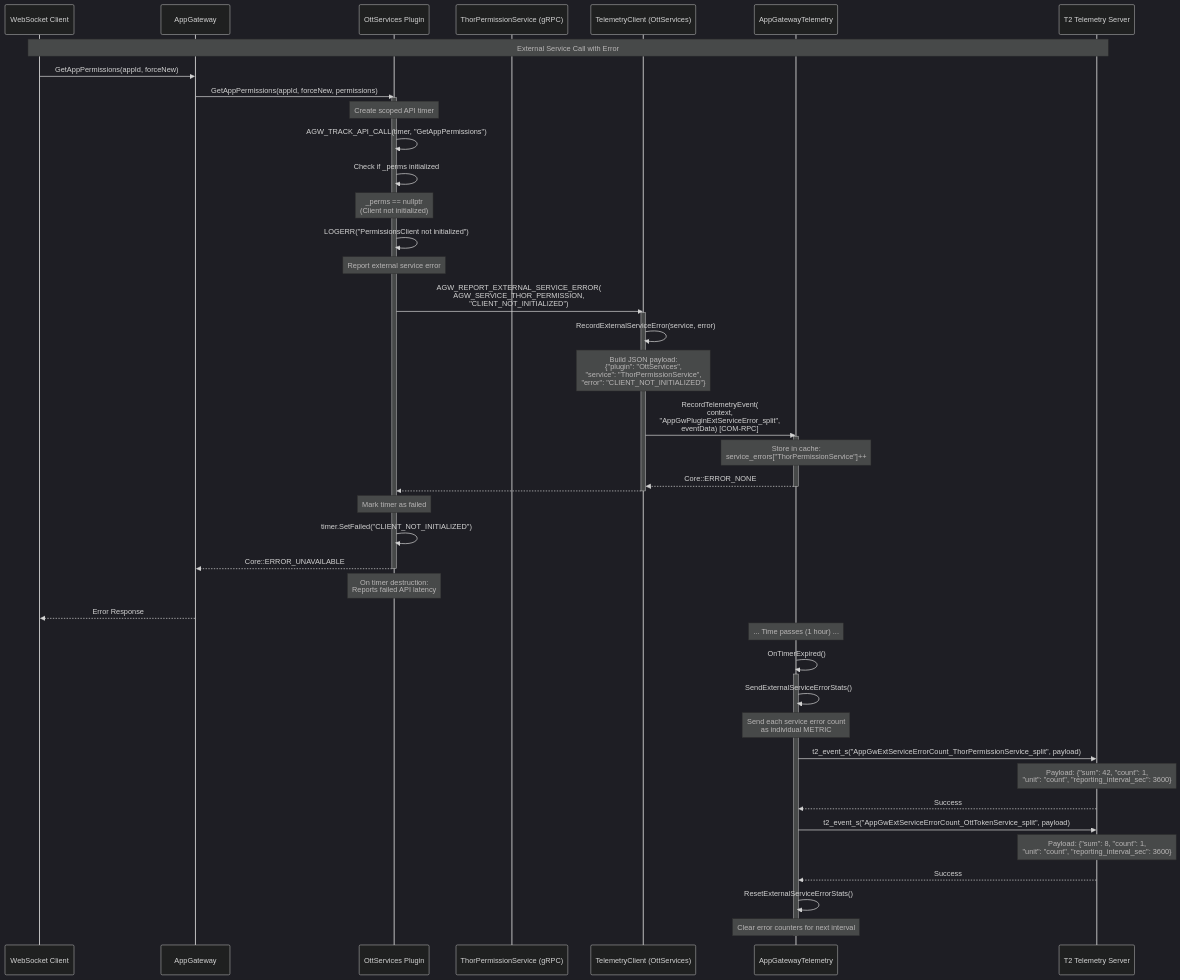
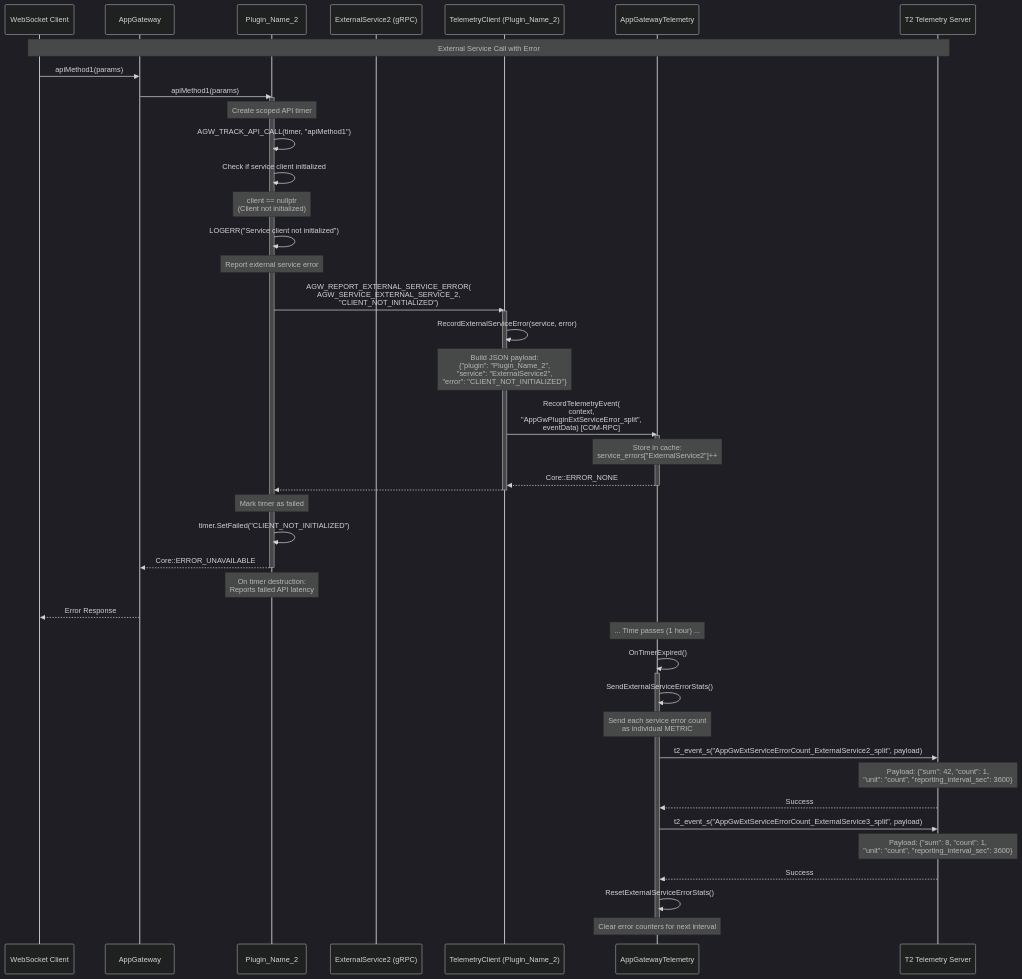
The diagram in AppGateway/docs/sequence-diagrams/04_External_Service_Error_OttServices.md (rdkcentral/entservices-appgateway), drawn with Mermaid (dark theme) before and after one commit. The commit also changed other lines of this file and 12 other files, not shown here.

````diff
--- a/AppGateway/docs/sequence-diagrams/04_External_Service_Error_OttServices.md
+++ b/AppGateway/docs/sequence-diagrams/04_External_Service_Error_OttServices.md
@@ -9,75 +9,75 @@
 ```mermaid
 sequenceDiagram
     participant Client as WebSocket Client
     participant AppGw as AppGateway
-    participant OttServices as OttServices Plugin
-    participant Thor as ThorPermissionService (gRPC)
-    participant TelemetryClient as TelemetryClient (OttServices)
+    participant Plugin as Plugin_Name_2
+    participant ExtService as ExternalService2 (gRPC)
+    participant TelemetryClient as TelemetryClient (Plugin_Name_2)
     participant Telemetry as AppGatewayTelemetry
     participant T2 as T2 Telemetry Server
     
     Note over Client,T2: External Service Call with Error
     
-    Client->>AppGw: GetAppPermissions(appId, forceNew)
-    AppGw->>OttServices: GetAppPermissions(appId, forceNew, permissions)
-    activate OttServices
+    Client->>AppGw: apiMethod1(params)
+    AppGw->>Plugin: apiMethod1(params)
+    activate Plugin
     
-    Note over OttServices: Create scoped API timer
-    OttServices->>OttServices: AGW_TRACK_API_CALL(timer, "GetAppPermissions")
+    Note over Plugin: Create scoped API timer
+    Plugin->>Plugin: AGW_TRACK_API_CALL(timer, "apiMethod1")
     
-    OttServices->>OttServices: Check if _perms initialized
-    Note over OttServices: _perms == nullptr<br/>(Client not initialized)
+    Plugin->>Plugin: Check if service client initialized
+    Note over Plugin: client == nullptr<br/>(Client not initialized)
     
-    OttServices->>OttServices: LOGERR("PermissionsClient not initialized")
+    Plugin->>Plugin: LOGERR("Service client not initialized")
     
-    Note over OttServices: Report external service error
-    OttServices->>TelemetryClient: AGW_REPORT_EXTERNAL_SERVICE_ERROR(<br/>AGW_SERVICE_THOR_PERMISSION,<br/>"CLIENT_NOT_INITIALIZED")
+    Note over Plugin: Report external service error
+    Plugin->>TelemetryClient: AGW_REPORT_EXTERNAL_SERVICE_ERROR(<br/>AGW_SERVICE_EXTERNAL_SERVICE_2,<br/>"CLIENT_NOT_INITIALIZED")
     activate TelemetryClient
     
     TelemetryClient->>TelemetryClient: RecordExternalServiceError(service, error)
     
-    Note over TelemetryClient: Build JSON payload:<br/>{"plugin": "OttServices",<br/> "service": "ThorPermissionService",<br/> "error": "CLIENT_NOT_INITIALIZED"}
+    Note over TelemetryClient: Build JSON payload:<br/>{"plugin": "Plugin_Name_2",<br/> "service": "ExternalService2",<br/> "error": "CLIENT_NOT_INITIALIZED"}
     
     TelemetryClient->>Telemetry: RecordTelemetryEvent(<br/>context,<br/>"AppGwPluginExtServiceError_split",<br/>eventData) [COM-RPC]
     activate Telemetry
     
-    Note over Telemetry: Store in cache:<br/>service_errors["ThorPermissionService"]++
+    Note over Telemetry: Store in cache:<br/>service_errors["ExternalService2"]++
     
     Telemetry-->>TelemetryClient: Core::ERROR_NONE
     deactivate Telemetry
     
-    TelemetryClient-->>OttServices: 
+    TelemetryClient-->>Plugin: 
     deactivate TelemetryClient
     
-    Note over OttServices: Mark timer as failed
-    OttServices->>OttServices: timer.SetFailed("CLIENT_NOT_INITIALIZED")
+    Note over Plugin: Mark timer as failed
+    Plugin->>Plugin: timer.SetFailed("CLIENT_NOT_INITIALIZED")
     
-    OttServices-->>AppGw: Core::ERROR_UNAVAILABLE
-    deactivate OttServices
+    Plugin-->>AppGw: Core::ERROR_UNAVAILABLE
+    deactivate Plugin
     
-    Note over OttServices: On timer destruction:<br/>Reports failed API latency
+    Note over Plugin: On timer destruction:<br/>Reports failed API latency
     
     AppGw-->>Client: Error Response
     
     Note over Telemetry: ... Time passes (1 hour) ...
     
     Telemetry->>Telemetry: OnTimerExpired()
     activate Telemetry
     
     Telemetry->>Telemetry: SendExternalServiceErrorStats()
     
     Note over Telemetry: Send each service error count<br/>as individual METRIC
     
-    Telemetry->>T2: t2_event_s("AppGwExtServiceErrorCount_ThorPermissionService_split", payload)
+    Telemetry->>T2: t2_event_s("AppGwExtServiceErrorCount_ExternalService2_split", payload)
     Note over T2: Payload: {"sum": 42, "count": 1,<br/>"unit": "count", "reporting_interval_sec": 3600}
     T2-->>Telemetry: Success
     
-    Telemetry->>T2: t2_event_s("AppGwExtServiceErrorCount_OttTokenService_split", payload)
+    Telemetry->>T2: t2_event_s("AppGwExtServiceErrorCount_ExternalService3_split", payload)
     Note over T2: Payload: {"sum": 8, "count": 1,<br/>"unit": "count", "reporting_interval_sec": 3600}
     T2-->>Telemetry: Success
     
     Telemetry->>Telemetry: ResetExternalServiceErrorStats()
     Note over Telemetry: Clear error counters for next interval
     
     deactivate Telemetry
 ```
````
